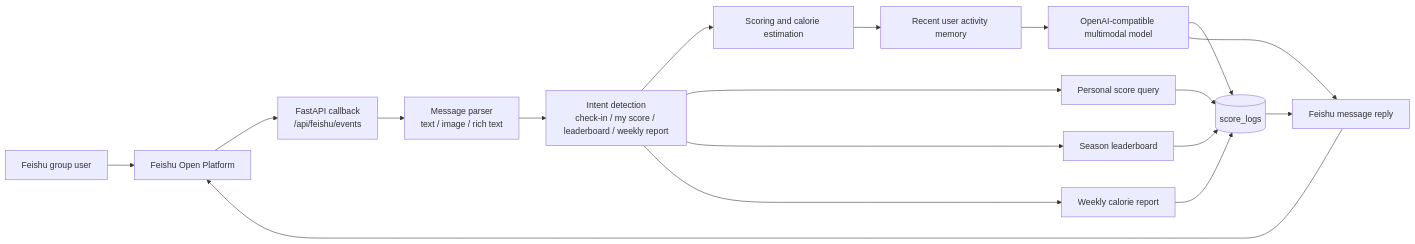
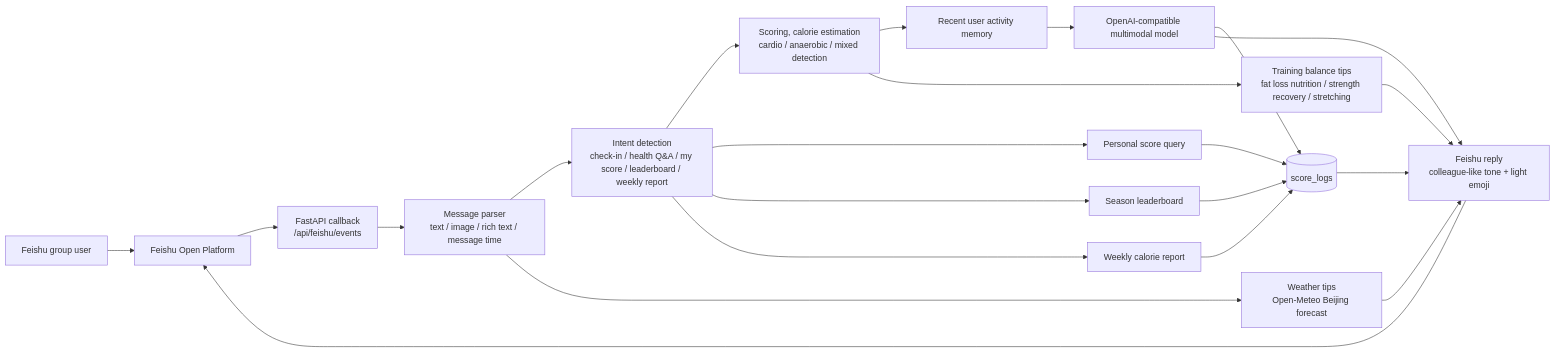
One commit to zfyaryan-wq/GYM-Assistant changed the diagram in README.en.md. Above: the diagram before and after it, drawn with Mermaid. The commit also changed other lines of this file and 1 other file, not shown here.

Commit message:
Update README architecture and features

````diff
--- a/README.en.md
+++ b/README.en.md
@@ -24,25 +27,30 @@
 ```mermaid
 flowchart LR
     user[Feishu group user] --> feishu[Feishu Open Platform]
     feishu --> webhook[FastAPI callback<br/>/api/feishu/events]
 
-    webhook --> parser[Message parser<br/>text / image / rich text]
-    parser --> intent[Intent detection<br/>check-in / my score / leaderboard / weekly report]
+    webhook --> parser[Message parser<br/>text / image / rich text / message time]
+    parser --> intent[Intent detection<br/>check-in / health Q&A / my score / leaderboard / weekly report]
 
-    intent --> grading[Scoring and calorie estimation]
+    intent --> grading[Scoring, calorie estimation<br/>cardio / anaerobic / mixed detection]
     grading --> memory[Recent user activity memory]
     memory --> llm[OpenAI-compatible multimodal model]
     llm --> log[(score_logs)]
+
+    grading --> balance[Training balance tips<br/>fat loss nutrition / strength recovery / stretching]
+    parser --> weather[Weather tips<br/>Open-Meteo Beijing forecast]
+    weather --> reply
+    balance --> reply
 
     intent --> score[Personal score query]
     intent --> leaderboard[Season leaderboard]
     intent --> weekly[Weekly calorie report]
 
     score --> log
     leaderboard --> log
     weekly --> log
 
-    log --> reply[Feishu message reply]
+    log --> reply[Feishu reply<br/>colleague-like tone + light emoji]
     llm --> reply
     reply --> feishu
 ```
````
